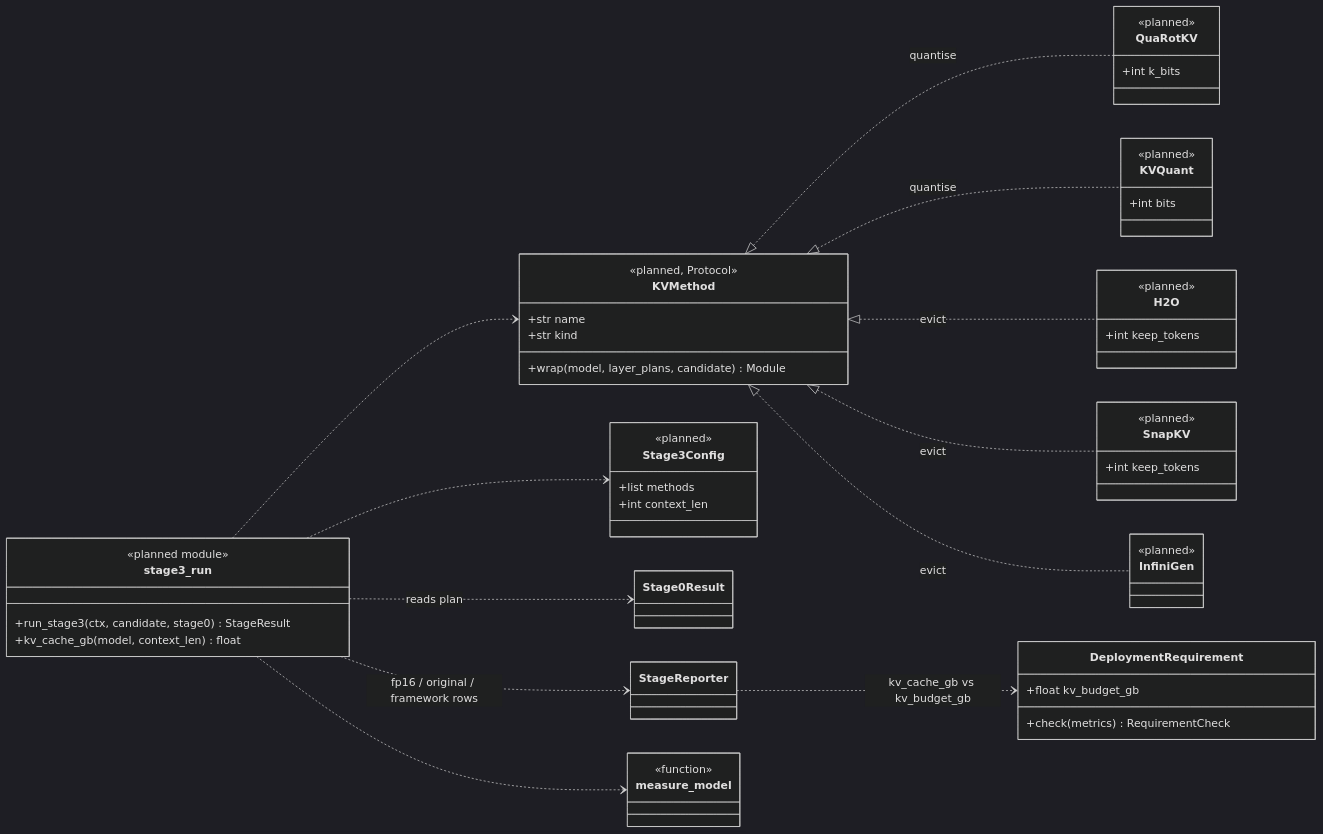
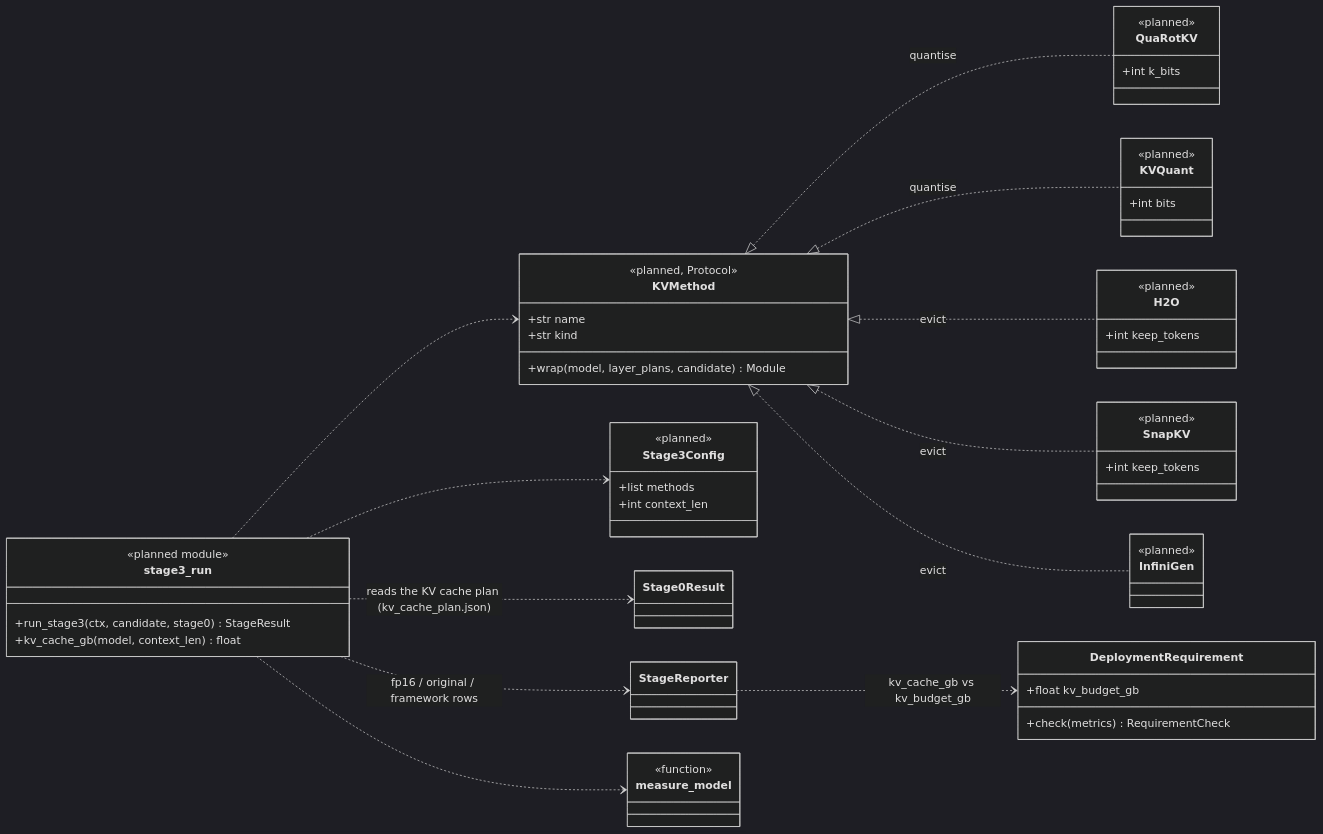
The first of 2 diagrams in docs/diagrams/stage3.md (hamuutpls/sensitivity-driven-framework), drawn with Mermaid (dark theme) before and after one commit. The commit also changed other lines of this file and 3 other files, not shown here.

First line of the commit message:
Diagrams: layer removal is the default score; draw the Stage 0 KV cache plan

````diff
--- a/docs/diagrams/stage3.md
+++ b/docs/diagrams/stage3.md
@@ -19,61 +20,61 @@
 ```mermaid
 classDiagram
     direction LR
 
     class KVMethod {
         <<planned, Protocol>>
         +str name
         +str kind
         +wrap(model, layer_plans, candidate) Module
     }
     class QuaRotKV {
         <<planned>>
         +int k_bits
     }
     class KVQuant {
         <<planned>>
         +int bits
     }
     class H2O {
         <<planned>>
         +int keep_tokens
     }
     class SnapKV {
         <<planned>>
         +int keep_tokens
     }
     class InfiniGen {
         <<planned>>
     }
     class Stage3Config {
         <<planned>>
         +list methods
         +int context_len
     }
     class stage3_run {
         <<planned module>>
         +run_stage3(ctx, candidate, stage0) StageResult
         +kv_cache_gb(model, context_len) float
     }
     class DeploymentRequirement {
         +float kv_budget_gb
         +check(metrics) RequirementCheck
     }
     class Stage0Result
     class StageReporter
     class measure_model {
         <<function>>
     }
 
     KVMethod <|.. QuaRotKV : quantise
     KVMethod <|.. KVQuant : quantise
     KVMethod <|.. H2O : evict
     KVMethod <|.. SnapKV : evict
     KVMethod <|.. InfiniGen : evict
     stage3_run ..> KVMethod
-    stage3_run ..> Stage0Result : reads plan
+    stage3_run ..> Stage0Result : reads the KV cache plan (kv_cache_plan.json)
     stage3_run ..> measure_model
     stage3_run ..> StageReporter : fp16 / original / framework rows
     StageReporter ..> DeploymentRequirement : kv_cache_gb vs kv_budget_gb
     stage3_run ..> Stage3Config
 ```
````
